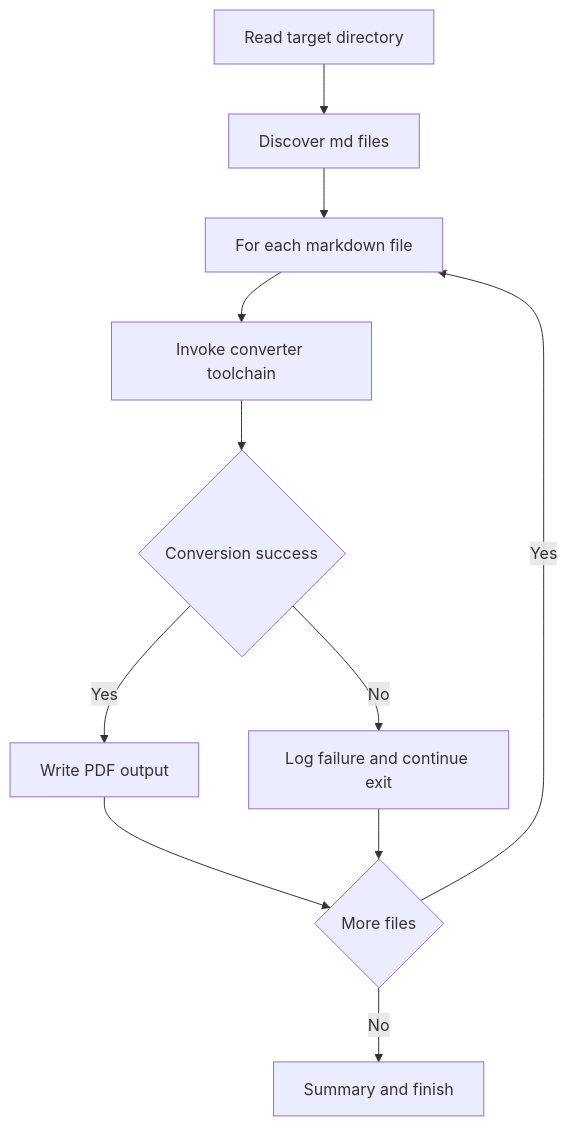
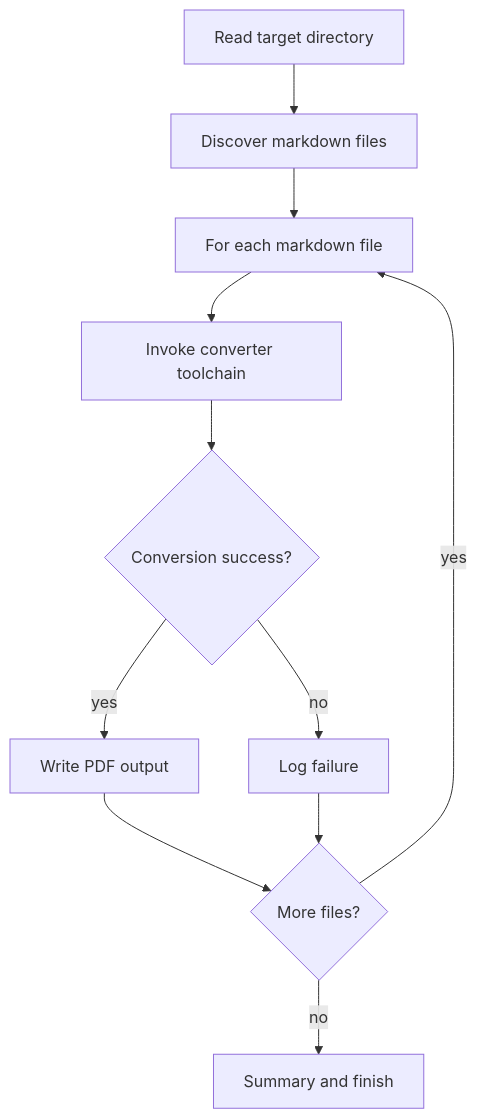
Before and after one commit to choisimo/document: the diagram in content/docs/algorithms/algorithm-architect/convert_md_to_pdf.sh.md, drawn with Mermaid. The commit also changed other lines of this file and 432 other files, not shown here.

````diff
--- a/content/docs/algorithms/algorithm-architect/convert_md_to_pdf.sh.md
+++ b/content/docs/algorithms/algorithm-architect/convert_md_to_pdf.sh.md
@@ -15,13 +68,13 @@
 ```mermaid
 flowchart TD
-    A[Read target directory] --> B[Discover md files]
+    A[Read target directory] --> B[Discover markdown files]
     B --> C[For each markdown file]
     C --> D[Invoke converter toolchain]
-    D --> E{Conversion success}
-    E -- Yes --> F[Write PDF output]
-    E -- No --> G[Log failure and continue exit]
-    F --> H{More files}
+    D --> E{Conversion success?}
+    E -- yes --> F[Write PDF output]
+    E -- no --> G[Log failure]
+    F --> H{More files?}
     G --> H
-    H -- Yes --> C
-    H -- No --> I[Summary and finish]
+    H -- yes --> C
+    H -- no --> I[Summary and finish]
 ```
````
